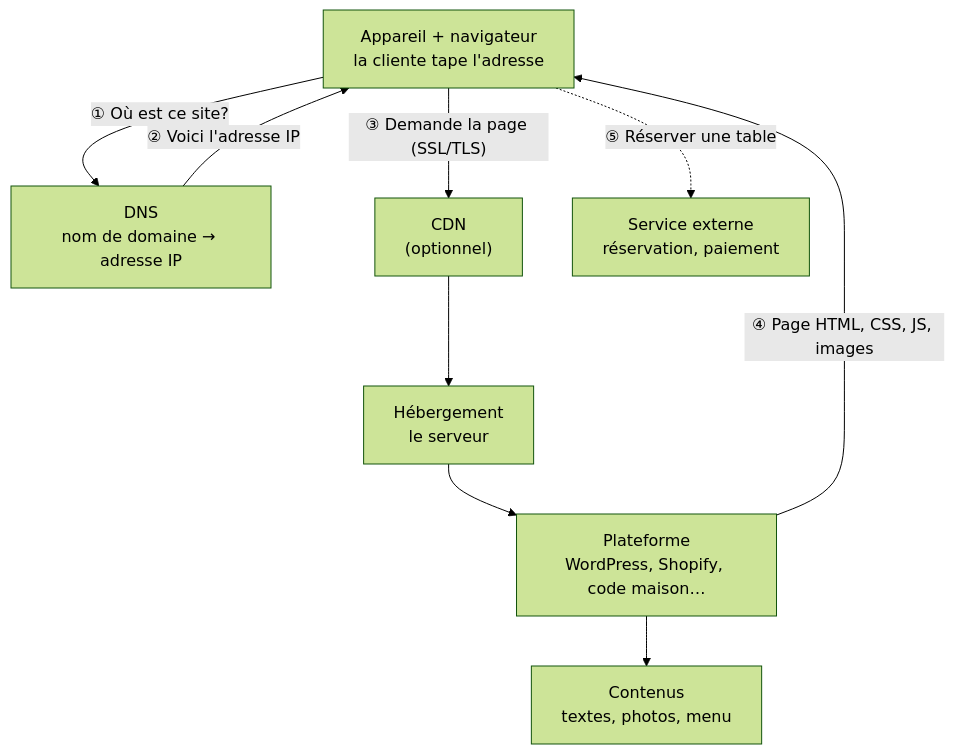
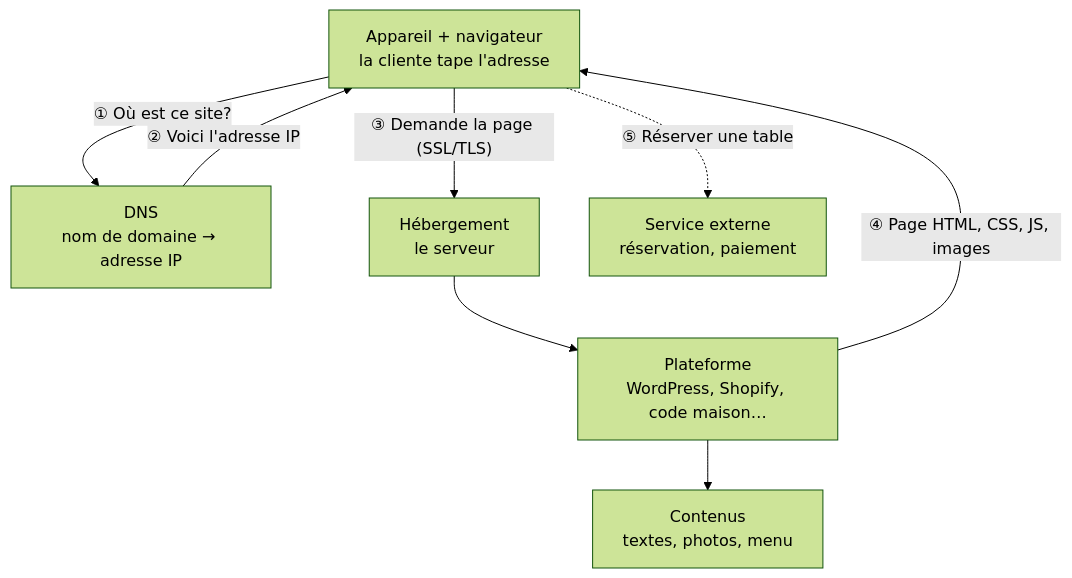
The diagram in docs/modules/01-faisabilite/01-mettre-un-site-en-ligne.md (Cochenille/AnalyseEtConceptionFCTR), drawn with Mermaid (forest theme) before and after one commit. The commit also changed other lines of this file and 6 other files, not shown here.

````diff
--- a/docs/modules/01-faisabilite/01-mettre-un-site-en-ligne.md
+++ b/docs/modules/01-faisabilite/01-mettre-un-site-en-ligne.md
@@ -90,11 +90,10 @@
 ```mermaid
 flowchart TD
     A["Appareil + navigateur<br/>la cliente tape l'adresse"] -->|"① Où est ce site?"| B["DNS<br/>nom de domaine → adresse IP"]
     B -->|"② Voici l'adresse IP"| A
-    A -->|"③ Demande la page (SSL/TLS)"| C["CDN<br/>(optionnel)"]
-    C --> D["Hébergement<br/>le serveur"]
+    A -->|"③ Demande la page (SSL/TLS)"| D["Hébergement<br/>le serveur"]
     D --> E["Plateforme<br/>WordPress, Shopify, code maison…"]
     E --> F["Contenus<br/>textes, photos, menu"]
     E -->|"④ Page HTML, CSS, JS, images"| A
     A -.->|"⑤ Réserver une table"| G["Service externe<br/>réservation, paiement"]
 ```
````
